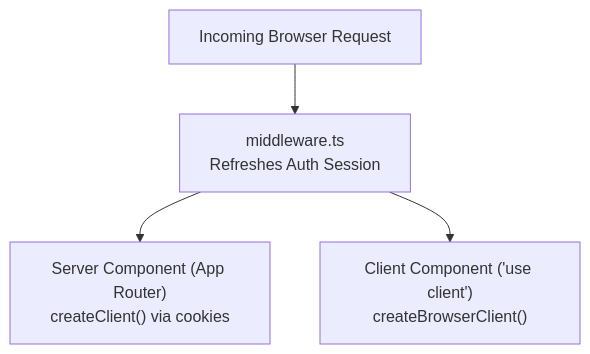
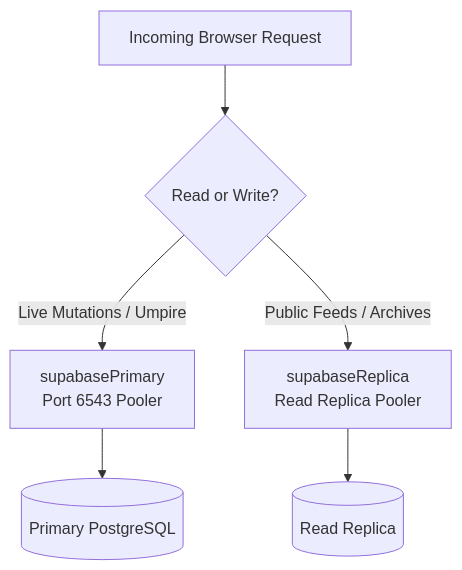
One commit to fortefolio/scoreboard-web changed the diagram in docs/04-backend-integration.md. Above: the diagram before and after it, drawn with Mermaid. The commit also changed other lines of this file and 1 other file, not shown here.

Commit message:
feat(scaling): implement server-scalable router for primary and read-replica poolers

````diff
--- a/docs/04-backend-integration.md
+++ b/docs/04-backend-integration.md
@@ -11,6 +15,8 @@
 ```mermaid
 flowchart TD
-    Request["Incoming Browser Request"] --> Middleware["middleware.ts<br/>Refreshes Auth Session"]
-    Middleware --> ServerComp["Server Component (App Router)<br/>createClient() via cookies"]
-    Middleware --> ClientComp["Client Component ('use client')<br/>createBrowserClient()"]
+    Request["Incoming Browser Request"] --> Router{"Read or Write?"}
+    Router -->|Live Mutations / Umpire| Primary["supabasePrimary<br/>Port 6543 Pooler"]
+    Router -->|Public Feeds / Archives| Replica["supabaseReplica<br/>Read Replica Pooler"]
+    Primary --> DB[("Primary PostgreSQL")]
+    Replica --> DBReplica[("Read Replica")]
 ```
````
